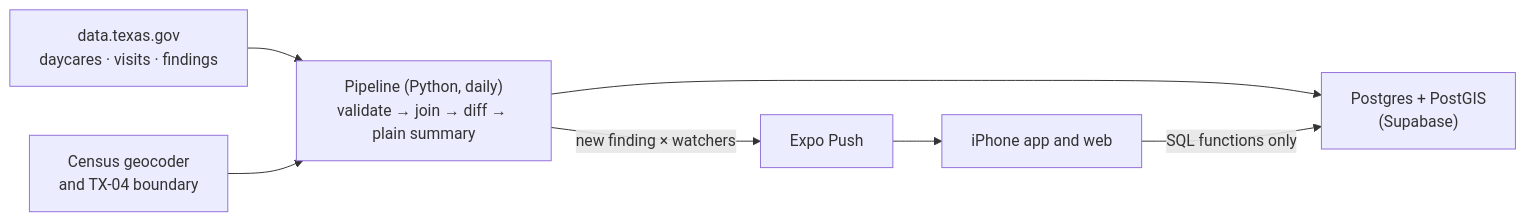
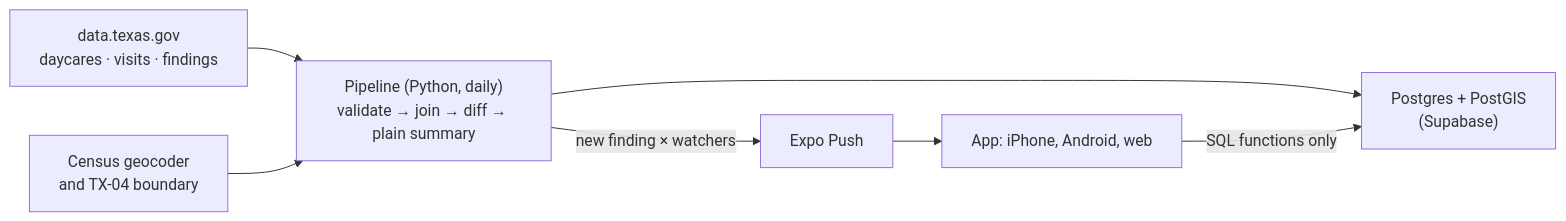
The diagram in README.md (areebhirani-beep/daycare-watch), drawn with Mermaid before and after one commit. The commit also changed other lines of this file, not shown here.

````diff
--- a/README.md
+++ b/README.md
@@ -52,8 +59,8 @@
 ```mermaid
 flowchart LR
   TX["data.texas.gov<br/>daycares · visits · findings"] --> P["Pipeline (Python, daily)<br/>validate → join → diff → plain summary"]
   CEN["Census geocoder<br/>and TX-04 boundary"] --> P
   P --> DB["Postgres + PostGIS<br/>(Supabase)"]
-  P -- "new finding × watchers" --> PUSH["Expo Push"] --> APP["iPhone app and web"]
+  P -- "new finding × watchers" --> PUSH["Expo Push"] --> APP["App: iPhone, Android, web"]
   APP -- "SQL functions only" --> DB
 ```
````
